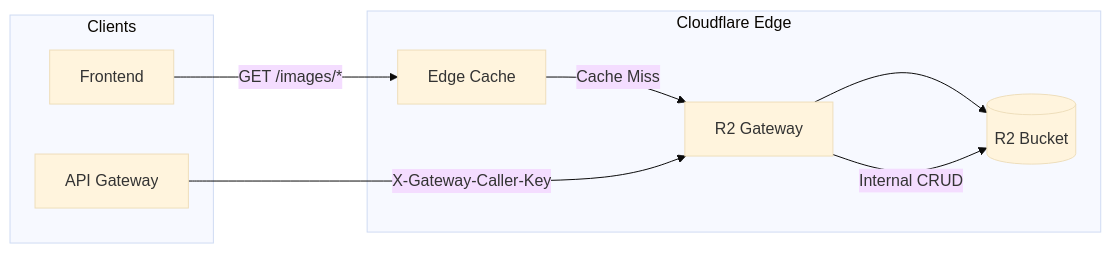
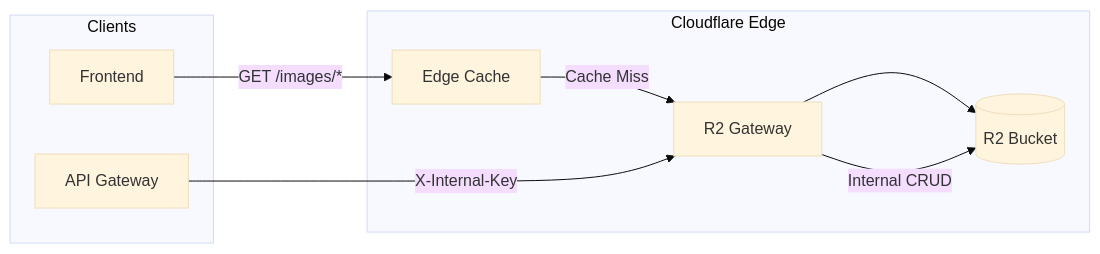
One commit to choisimo/blog changed the first of 3 diagrams in workers/r2-gateway/README.md. Above: the diagram before and after it, drawn with Mermaid (base theme). The commit also changed other lines of this file and 35 other files, not shown here.

````diff
--- a/workers/r2-gateway/README.md
+++ b/workers/r2-gateway/README.md
@@ -29,20 +29,20 @@
 ```mermaid
 flowchart LR
     subgraph Clients
         FE[Frontend]
         API[API Gateway]
     end
 
     subgraph "Cloudflare Edge"
         CACHE[Edge Cache]
         GW[R2 Gateway]
         R2[(R2 Bucket)]
     end
 
     FE -->|GET /images/*| CACHE
     CACHE -->|Cache Miss| GW
     GW --> R2
     
-    API -->|X-Gateway-Caller-Key| GW
+    API -->|X-Internal-Key| GW
     GW -->|Internal CRUD| R2
 ```
````
